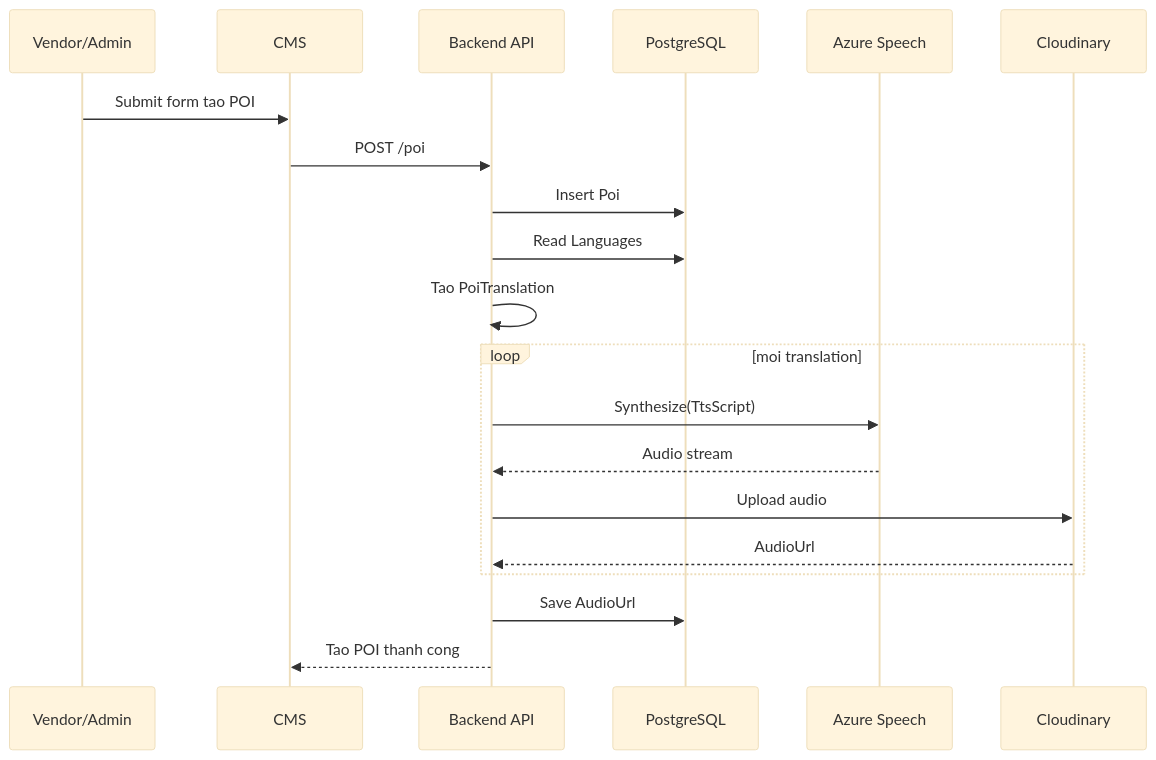
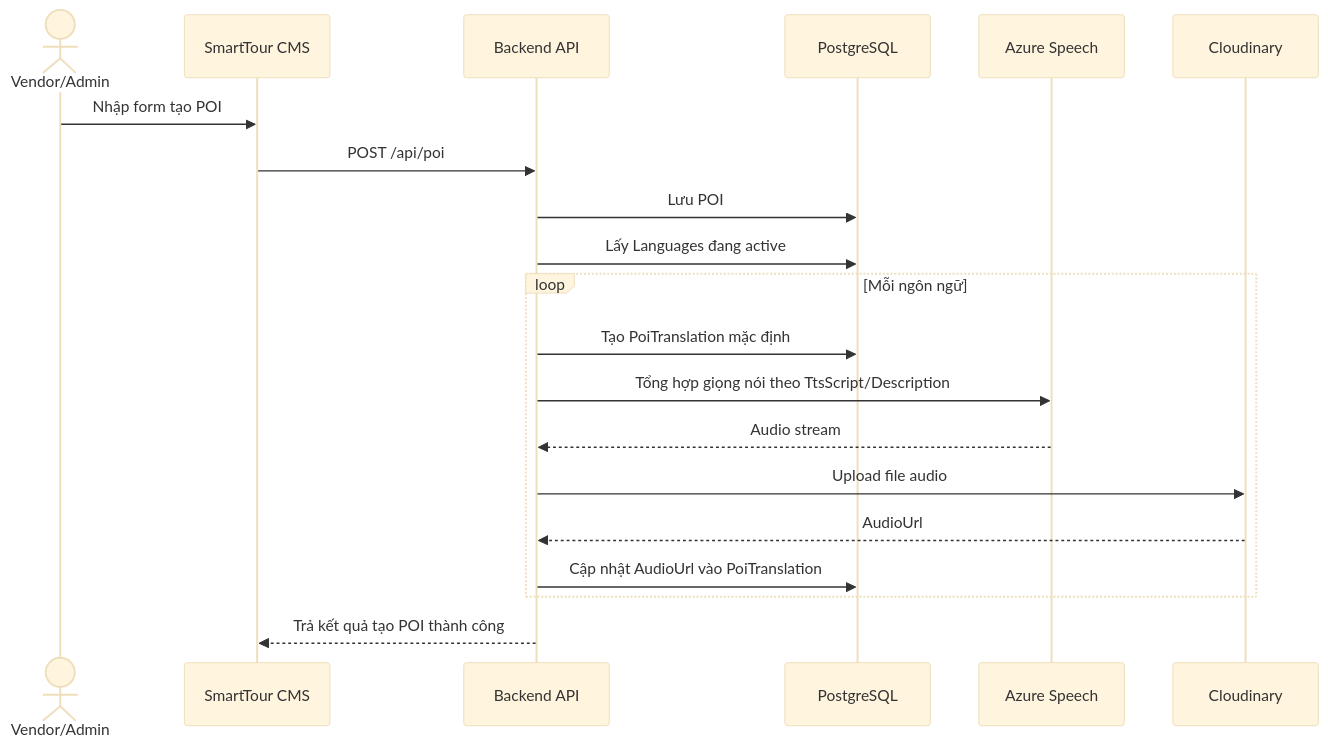
The fourth of 13 diagrams in PRD_SmartTour.md (EricHoang28092k5/SmartTour), drawn with Mermaid (base theme) before and after one commit. The commit also changed other lines of this file, not shown here.

````diff
--- a/PRD_SmartTour.md
+++ b/PRD_SmartTour.md
@@ -208,23 +439,23 @@
 ```mermaid
 sequenceDiagram
-    participant V as Vendor/Admin
-    participant CMS as CMS
+    actor VA as Vendor/Admin
+    participant CMS as SmartTour CMS
     participant API as Backend API
     participant DB as PostgreSQL
     participant TTS as Azure Speech
     participant CLD as Cloudinary
 
-    V->>CMS: Submit form tao POI
-    CMS->>API: POST /poi
-    API->>DB: Insert Poi
-    API->>DB: Read Languages
-    API->>API: Tao PoiTranslation
-    loop moi translation
-        API->>TTS: Synthesize(TtsScript)
+    VA->>CMS: Nhập form tạo POI
+    CMS->>API: POST /api/poi
+    API->>DB: Lưu POI
+    API->>DB: Lấy Languages đang active
+    loop Mỗi ngôn ngữ
+        API->>DB: Tạo PoiTranslation mặc định
+        API->>TTS: Tổng hợp giọng nói theo TtsScript/Description
         TTS-->>API: Audio stream
-        API->>CLD: Upload audio
+        API->>CLD: Upload file audio
         CLD-->>API: AudioUrl
+        API->>DB: Cập nhật AudioUrl vào PoiTranslation
     end
-    API->>DB: Save AudioUrl
-    API-->>CMS: Tao POI thanh cong
+    API-->>CMS: Trả kết quả tạo POI thành công
 ```
````
